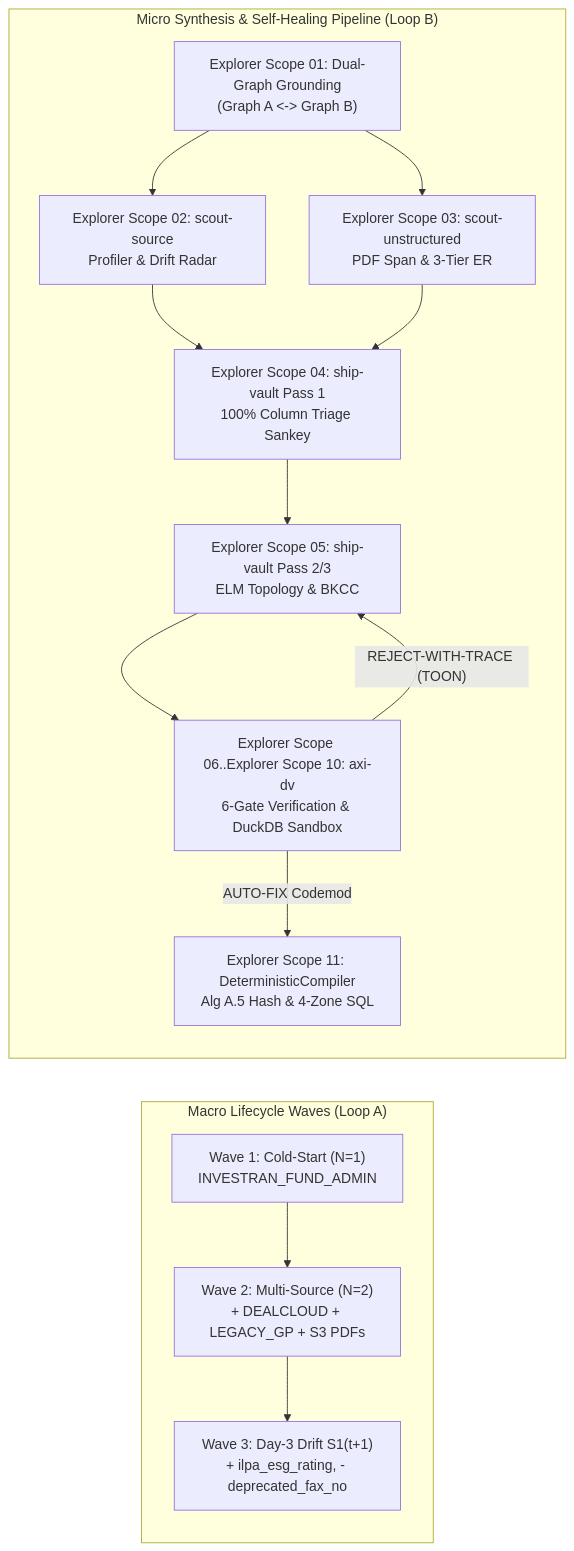
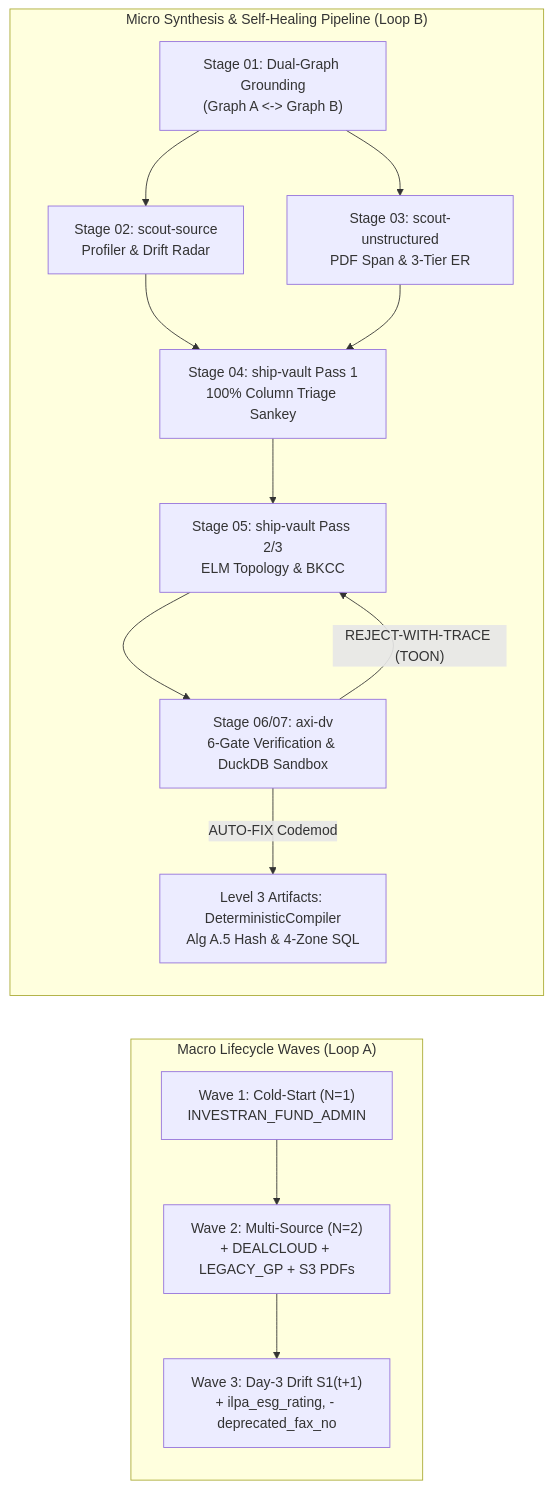
Before and after one commit to nogoo9/open-dv: the second of 4 diagrams in docs/06-explainability-and-observability-spec.md, drawn with Mermaid. The commit also changed other lines of this file and 16 other files, not shown here.

````diff
--- a/docs/06-explainability-and-observability-spec.md
+++ b/docs/06-explainability-and-observability-spec.md
@@ -329,17 +329,17 @@
 ```mermaid
 flowchart LR
     subgraph LoopA["Macro Lifecycle Waves (Loop A)"]
         W1["Wave 1: Cold-Start (N=1)\nINVESTRAN_FUND_ADMIN"] --> W2["Wave 2: Multi-Source (N=2)\n+ DEALCLOUD + LEGACY_GP + S3 PDFs"]
         W2 --> W3["Wave 3: Day-3 Drift S1(t+1)\n+ ilpa_esg_rating, - deprecated_fax_no"]
     end
 
     subgraph LoopB["Micro Synthesis & Self-Healing Pipeline (Loop B)"]
-        S0["Explorer Scope 01: Dual-Graph Grounding\n(Graph A <-> Graph B)"] --> S1["Explorer Scope 02: scout-source\nProfiler & Drift Radar"]
-        S0 --> S2["Explorer Scope 03: scout-unstructured\nPDF Span & 3-Tier ER"]
-        S1 & S2 --> S3["Explorer Scope 04: ship-vault Pass 1\n100% Column Triage Sankey"]
-        S3 --> S4["Explorer Scope 05: ship-vault Pass 2/3\nELM Topology & BKCC"]
-        S4 --> S5["Explorer Scope 06..Explorer Scope 10: axi-dv\n6-Gate Verification & DuckDB Sandbox"]
+        S0["Stage 01: Dual-Graph Grounding\n(Graph A <-> Graph B)"] --> S1["Stage 02: scout-source\nProfiler & Drift Radar"]
+        S0 --> S2["Stage 03: scout-unstructured\nPDF Span & 3-Tier ER"]
+        S1 & S2 --> S3["Stage 04: ship-vault Pass 1\n100% Column Triage Sankey"]
+        S3 --> S4["Stage 05: ship-vault Pass 2/3\nELM Topology & BKCC"]
+        S4 --> S5["Stage 06/07: axi-dv\n6-Gate Verification & DuckDB Sandbox"]
         S5 -->|"REJECT-WITH-TRACE (TOON)"| S4
-        S5 -->|"AUTO-FIX Codemod"| S6["Explorer Scope 11: DeterministicCompiler\nAlg A.5 Hash & 4-Zone SQL"]
+        S5 -->|"AUTO-FIX Codemod"| S6["Level 3 Artifacts: DeterministicCompiler\nAlg A.5 Hash & 4-Zone SQL"]
     end
 ```
````
